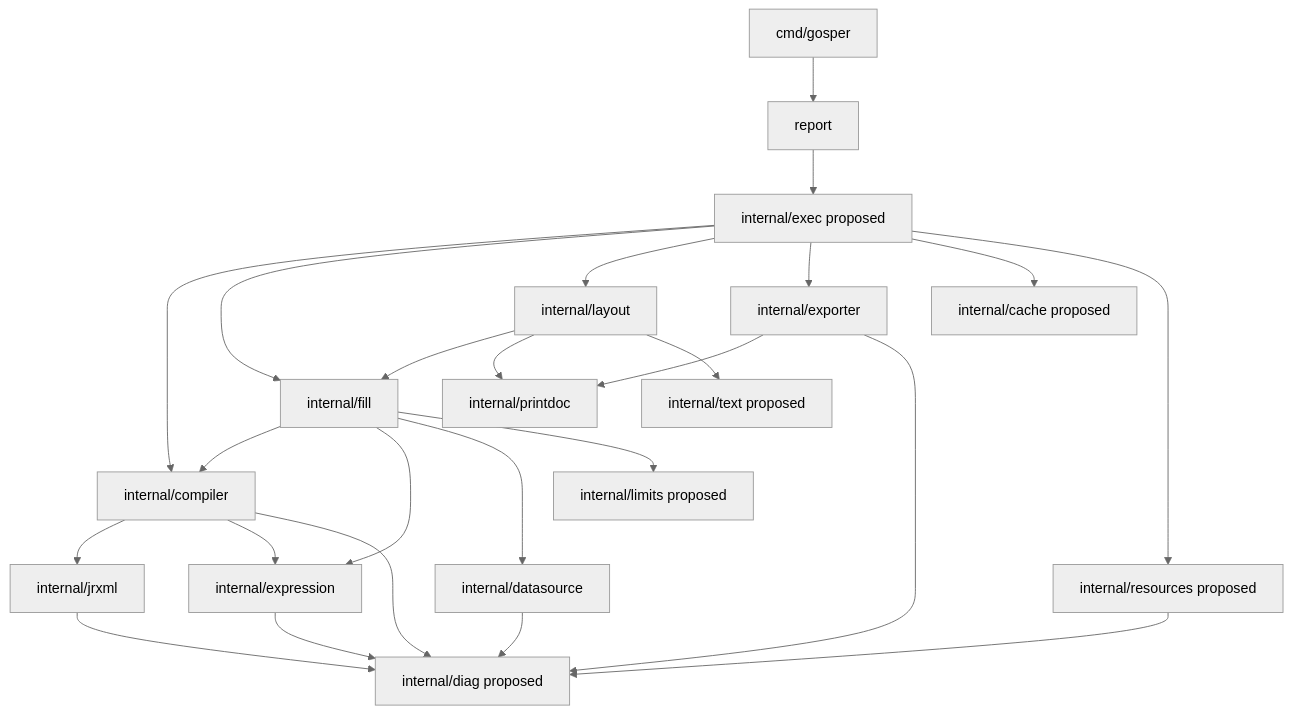
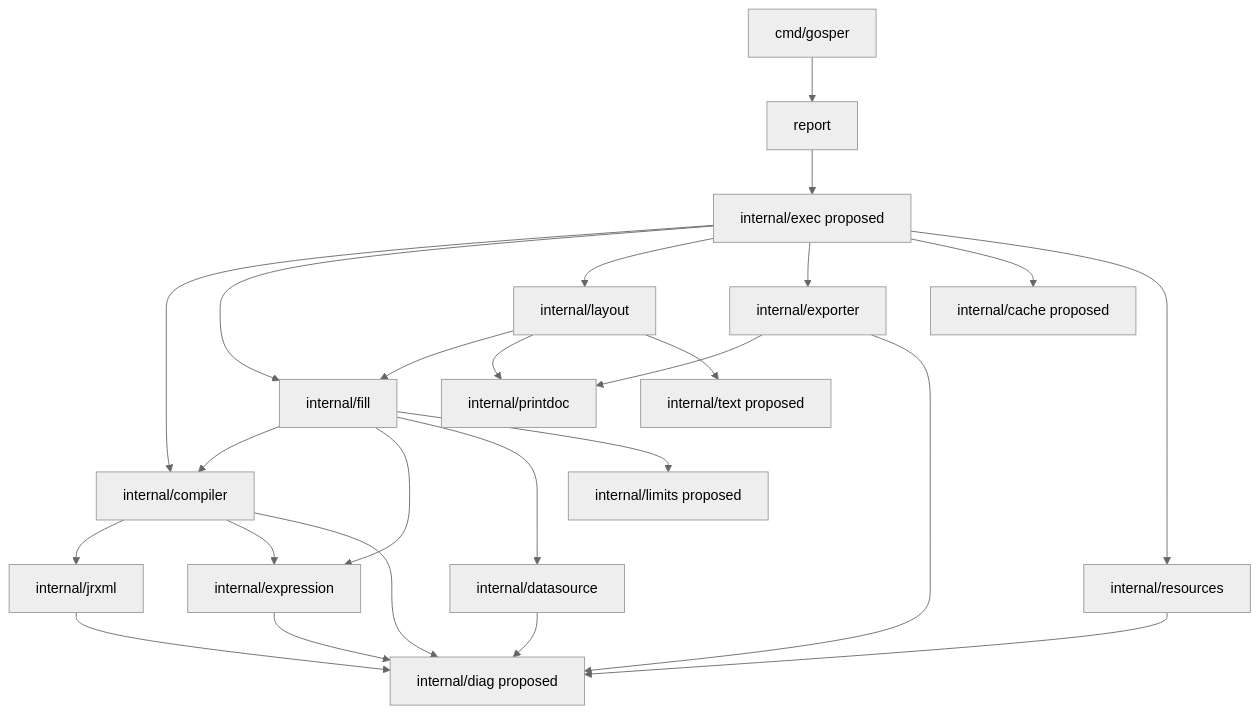
The first of 2 diagrams in docs/architecture/package-boundaries.md (roksky/gosper), drawn with Mermaid (neutral theme) before and after one commit. The commit also changed other lines of this file and 8 other files, not shown here.

````diff
--- a/docs/architecture/package-boundaries.md
+++ b/docs/architecture/package-boundaries.md
@@ -24,28 +24,28 @@
 ```mermaid
 flowchart TD
     CLI[cmd/gosper] --> API[report]
     API --> EXEC[internal/exec proposed]
     EXEC --> CMP[internal/compiler]
     EXEC --> FILL[internal/fill]
     EXEC --> LAY[internal/layout]
     EXEC --> OUT[internal/exporter]
     EXEC --> CACHE[internal/cache proposed]
-    EXEC --> RES[internal/resources proposed]
+    EXEC --> RES[internal/resources]
 
     CMP --> JRX[internal/jrxml]
     CMP --> EXP[internal/expression]
     CMP --> DIAG[internal/diag proposed]
     JRX --> DIAG
     EXP --> DIAG
     DAT[internal/datasource] --> DIAG
     FILL --> CMP
     FILL --> EXP
     FILL --> DAT
     FILL --> LIM[internal/limits proposed]
     LAY --> FILL
     LAY --> PRT[internal/printdoc]
     LAY --> TXT[internal/text proposed]
     OUT --> PRT
     RES --> DIAG
     OUT --> DIAG
 ```
````
